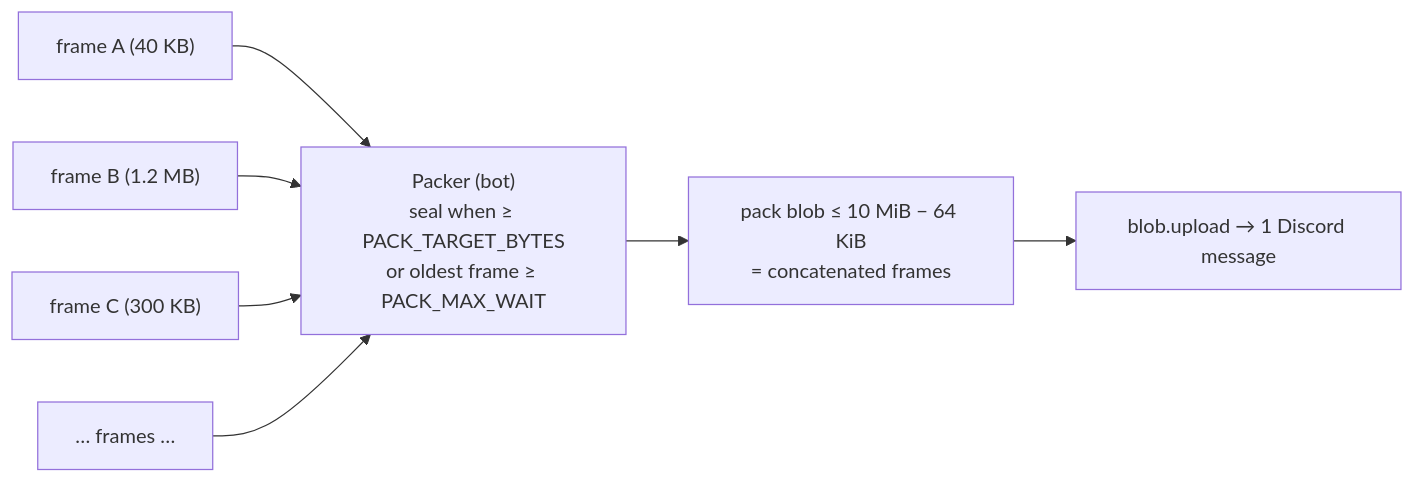
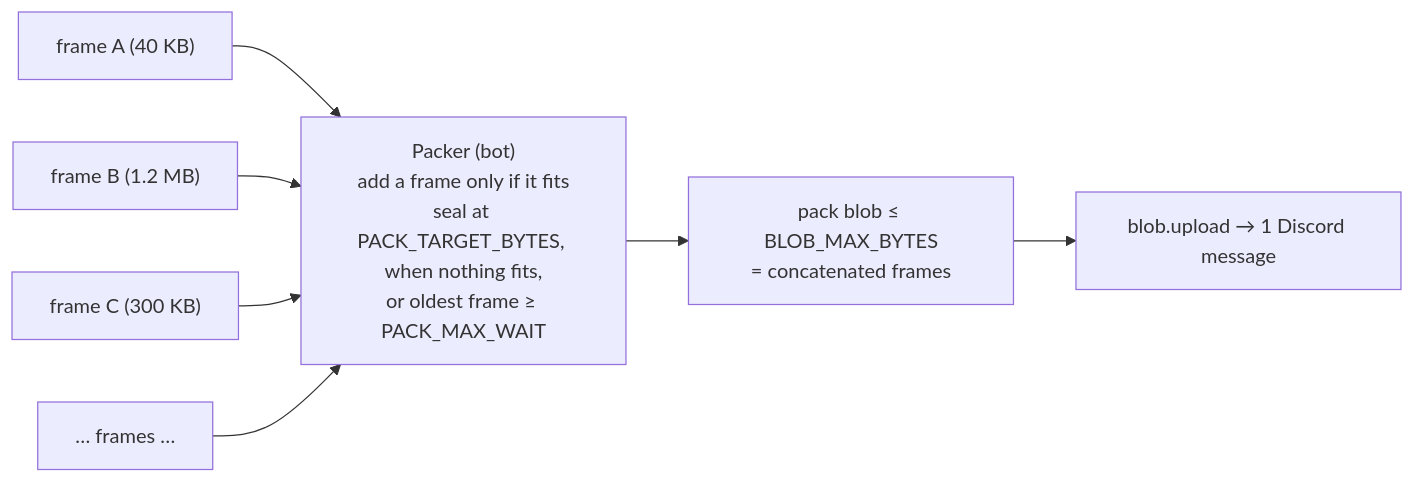
One commit to AlexB8675/DFS changed the eighth of 10 diagrams in docs/DESIGN.md. Above: the diagram before and after it, drawn with Mermaid. The commit also changed other lines of this file, not shown here.

````diff
--- a/docs/DESIGN.md
+++ b/docs/DESIGN.md
@@ -479,9 +486,9 @@
 ```mermaid
 flowchart LR
     F1["frame A (40 KB)"] --> P
     F2["frame B (1.2 MB)"] --> P
     F3["frame C (300 KB)"] --> P
     FN["… frames …"] --> P
-    P["Packer (bot)<br/>seal when ≥ PACK_TARGET_BYTES<br/>or oldest frame ≥ PACK_MAX_WAIT"] --> BL["pack blob ≤ 10 MiB − 64 KiB<br/>= concatenated frames"]
+    P["Packer (bot)<br/>add a frame only if it fits<br/>seal at PACK_TARGET_BYTES, when nothing fits,<br/>or oldest frame ≥ PACK_MAX_WAIT"] --> BL["pack blob ≤ BLOB_MAX_BYTES<br/>= concatenated frames"]
     BL --> UP["blob.upload → 1 Discord message"]
 ```
````
